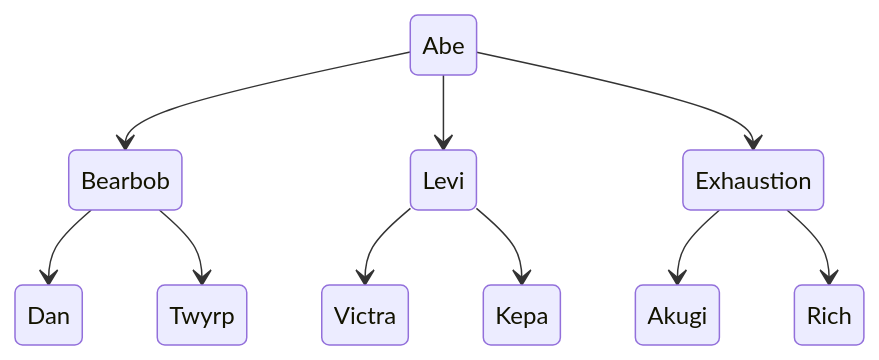
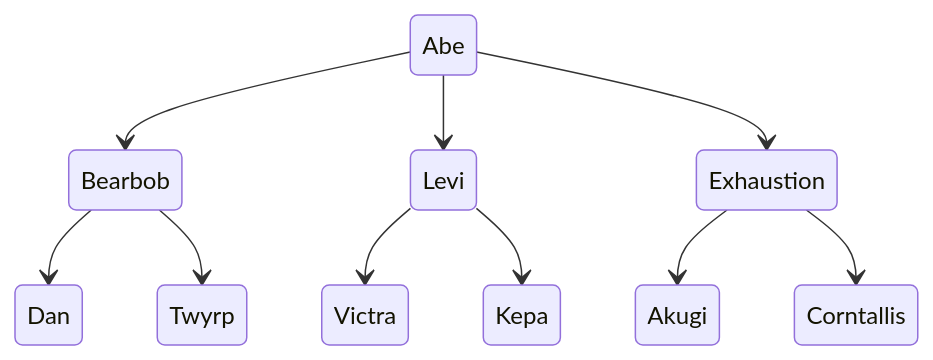
Before and after one commit to leemWF/READMEVault: the fourth of 6 diagrams in wepulled/swp/README.md, drawn with Mermaid. The commit also changed other lines of this file, not shown here.

````diff
--- a/wepulled/swp/README.md
+++ b/wepulled/swp/README.md
@@ -85,23 +85,23 @@
 ```mermaid
 stateDiagram-v2
     t1: Abe
     h1: Bearbob
     h2: Levi
     h3: Exhaustion
     r1: Dan
     r2: Twyrp
     r3: Victra
     r4: Kepa
     r5: Akugi
-    r6: Rich
+    r6: Corntallis
 
     t1 --> h1
     t1 --> h2
     t1 --> h3
     h1 --> r1
     h1 --> r2
     h2 --> r3
     h2 --> r4
     h3 --> r5
     h3 --> r6
 ```
````
